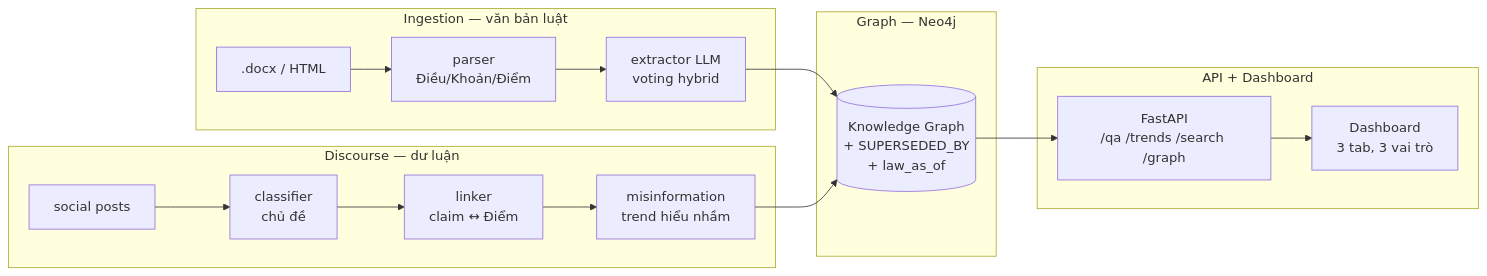
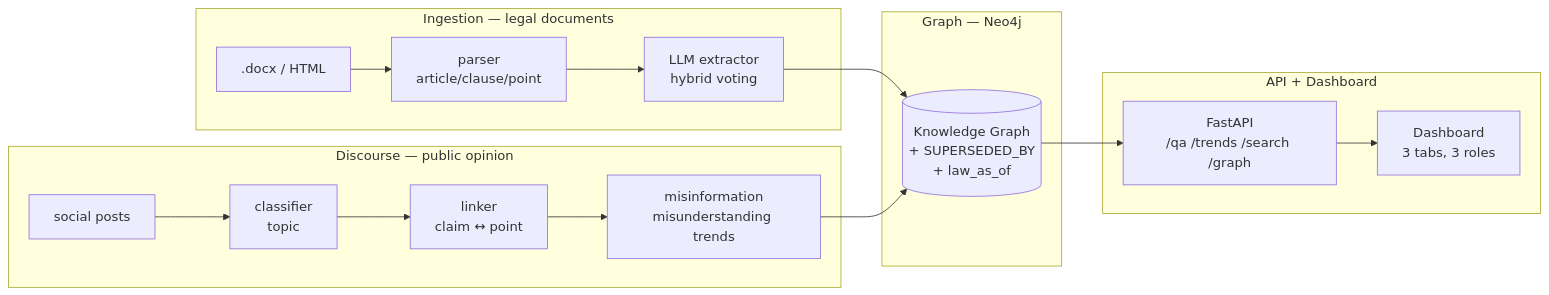
The diagram in README.md (dlxik/LAWGIC--L-GPT6.7--VAIC2026), drawn with Mermaid before and after one commit. The commit also changed other lines of this file and 1 other file, not shown here.

````diff
--- a/README.md
+++ b/README.md
@@ -73,22 +143,22 @@
 ```mermaid
 flowchart LR
-    subgraph P1["Ingestion — văn bản luật"]
-        A[".docx / HTML"] --> B["parser<br/>Điều/Khoản/Điểm"]
-        B --> C["extractor LLM<br/>voting hybrid"]
+    subgraph P1["Ingestion — legal documents"]
+        A[".docx / HTML"] --> B["parser<br/>article/clause/point"]
+        B --> C["LLM extractor<br/>hybrid voting"]
     end
-    subgraph P3["Discourse — dư luận"]
-        D["social posts"] --> E["classifier<br/>chủ đề"]
-        E --> F["linker<br/>claim ↔ Điểm"]
-        F --> G["misinformation<br/>trend hiểu nhầm"]
+    subgraph P3["Discourse — public opinion"]
+        D["social posts"] --> E["classifier<br/>topic"]
+        E --> F["linker<br/>claim ↔ point"]
+        F --> G["misinformation<br/>misunderstanding trends"]
     end
     subgraph P2["Graph — Neo4j"]
         H[("Knowledge Graph<br/>+ SUPERSEDED_BY<br/>+ law_as_of")]
     end
     subgraph P4["API + Dashboard"]
         I["FastAPI<br/>/qa /trends /search /graph"]
-        J["Dashboard<br/>3 tab, 3 vai trò"]
+        J["Dashboard<br/>3 tabs, 3 roles"]
     end
     C --> H
     G --> H
     H --> I --> J
 ```
````
